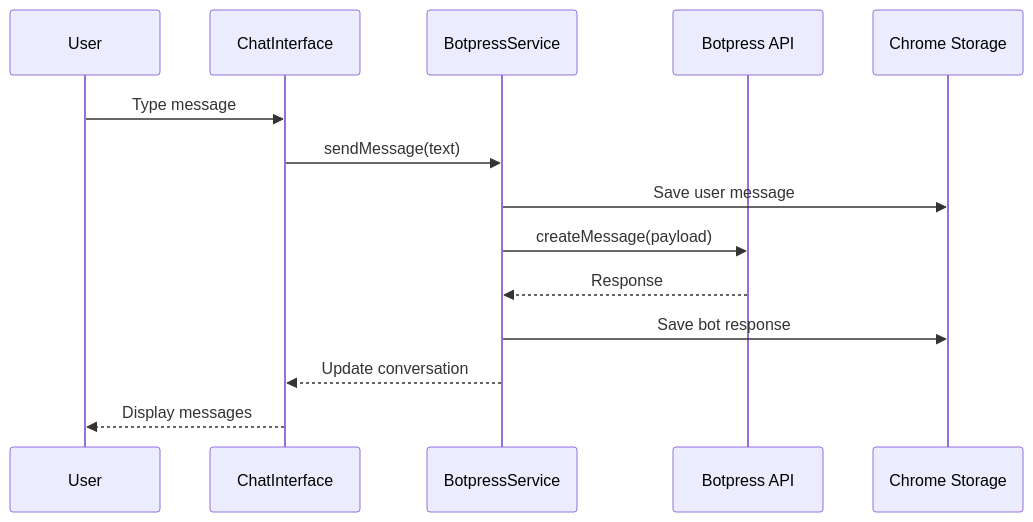
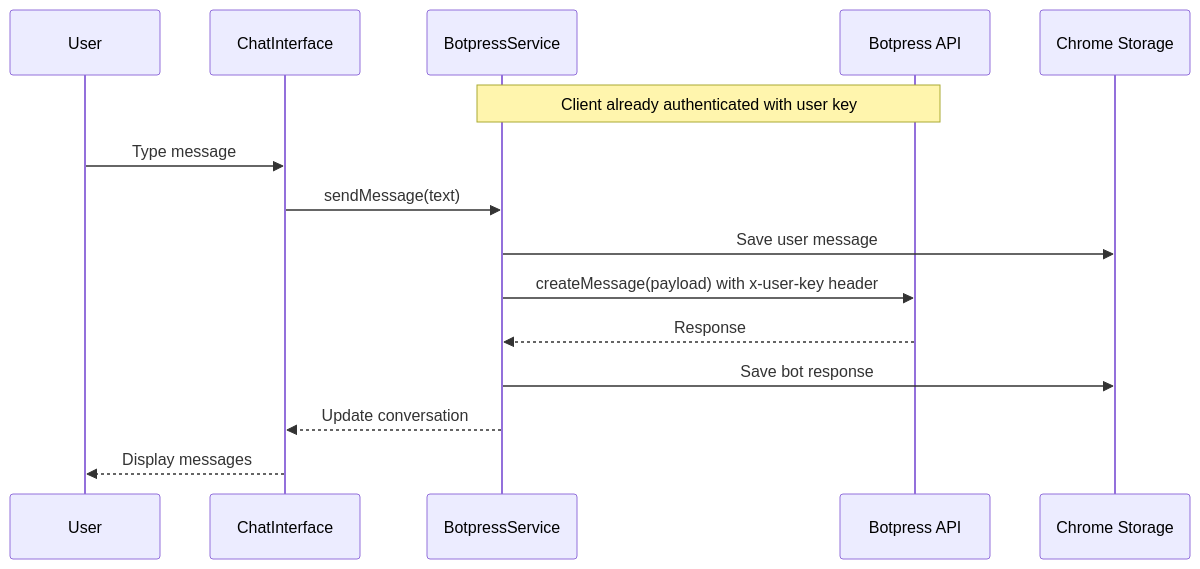
One commit to benbotluks/chrome-extension-boilerplate changed the third of 3 diagrams in .kiro/specs/botpress-webhook-integration/design.md. Above: the diagram before and after it, drawn with Mermaid. The commit also changed other lines of this file and 1 other file, not shown here.

Commit message:
spec for user authentication

````diff
--- a/.kiro/specs/botpress-webhook-integration/design.md
+++ b/.kiro/specs/botpress-webhook-integration/design.md
@@ -137,17 +250,18 @@
 ```mermaid
 sequenceDiagram
     participant U as User
     participant C as ChatInterface
     participant S as BotpressService
     participant B as Botpress API
     participant ST as Chrome Storage
     
+    Note over S,B: Client already authenticated with user key
     U->>C: Type message
     C->>S: sendMessage(text)
     S->>ST: Save user message
-    S->>B: createMessage(payload)
+    S->>B: createMessage(payload) with x-user-key header
     B-->>S: Response
     S->>ST: Save bot response
     S-->>C: Update conversation
     C-->>U: Display messages
 ```
````
